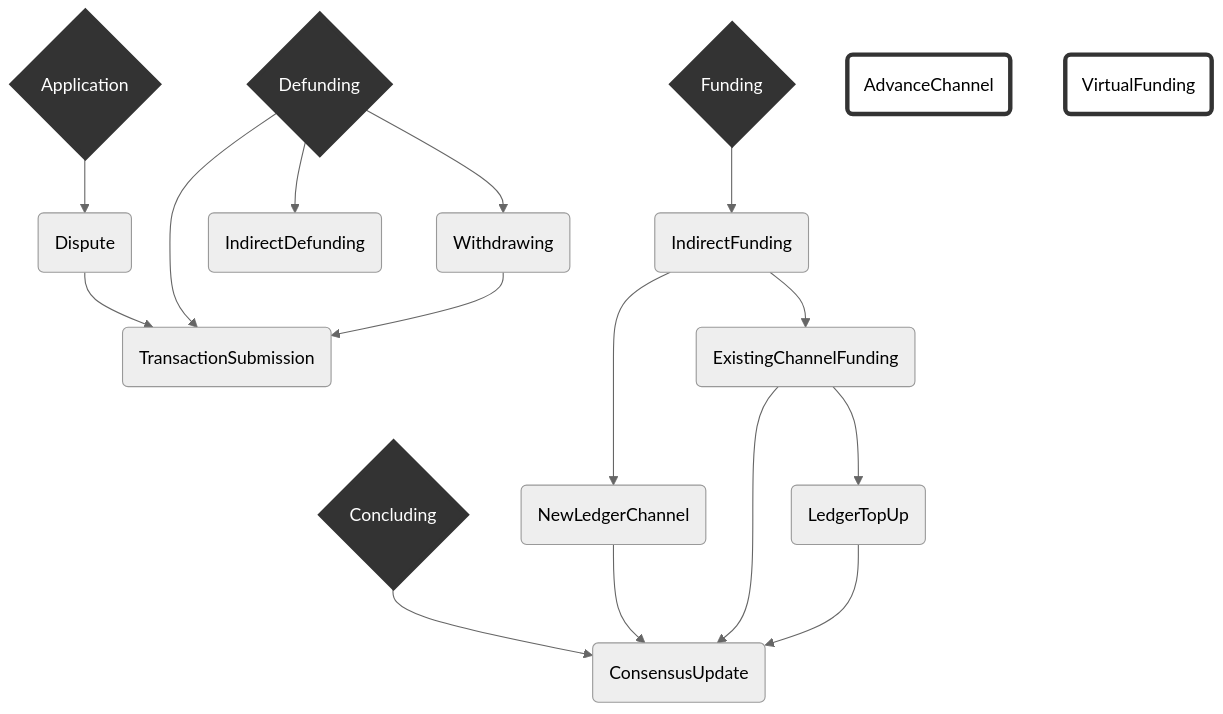
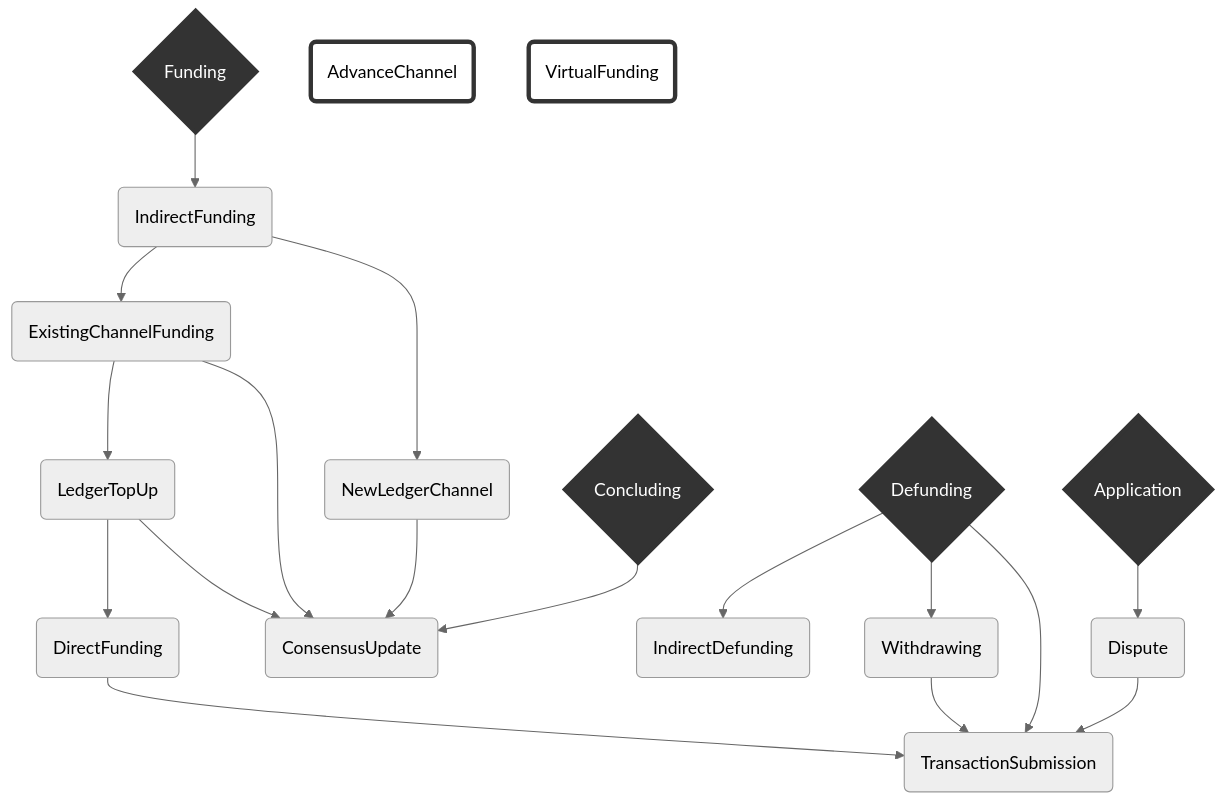
The diagram in packages/wallet/packages/wallet/notes/index.md (statechannels/statechannels), drawn with Mermaid (neutral theme) before and after one commit. The commit also changed 3 other files, not shown here.

````diff
--- a/packages/wallet/packages/wallet/notes/index.md
+++ b/packages/wallet/packages/wallet/notes/index.md
@@ -31,44 +31,46 @@
 ```mermaid
 graph TD
   linkStyle default interpolate basis
 
     A{Application}--> D
     F{Funding}--> idF(IndirectFunding)
 
     D(Dispute)--> TS
 
 
     C{Concluding}-->CU(ConsensusUpdate)
 
     idF -->  ECF(ExistingChannelFunding)
     idF --> NLC(NewLedgerChannel)
 
     NLC --> CU(ConsensusUpdate)
 
     ECF --> LTU(LedgerTopUp)
     ECF --> CU(ConsensusUpdate)
     LTU --> CU(ConsensusUpdate)
 
     Df{Defunding}-->idDf(IndirectDefunding)
     Df-->W(Withdrawing)
 
     Df-->TS(TransactionSubmission)
 
     W-->TS
 
     AC(AdvanceChannel)
 
-    LTU(LedgerTopUp)
+    LTU-->DF(DirectFunding)
+
+    DF-->TS
 
 
     VF(VirtualFunding)
 
     classDef TopLevelProtocol stroke:#333,stroke-width:4px,color:#ffff,fill:#333;
 
     classDef OrphanProtocol stroke:#333,stroke-width:4px,fill:#0000;
 
     class A,F,C,Df TopLevelProtocol
     class AC,PC,VF OrphanProtocol
 
 
 ```
````
